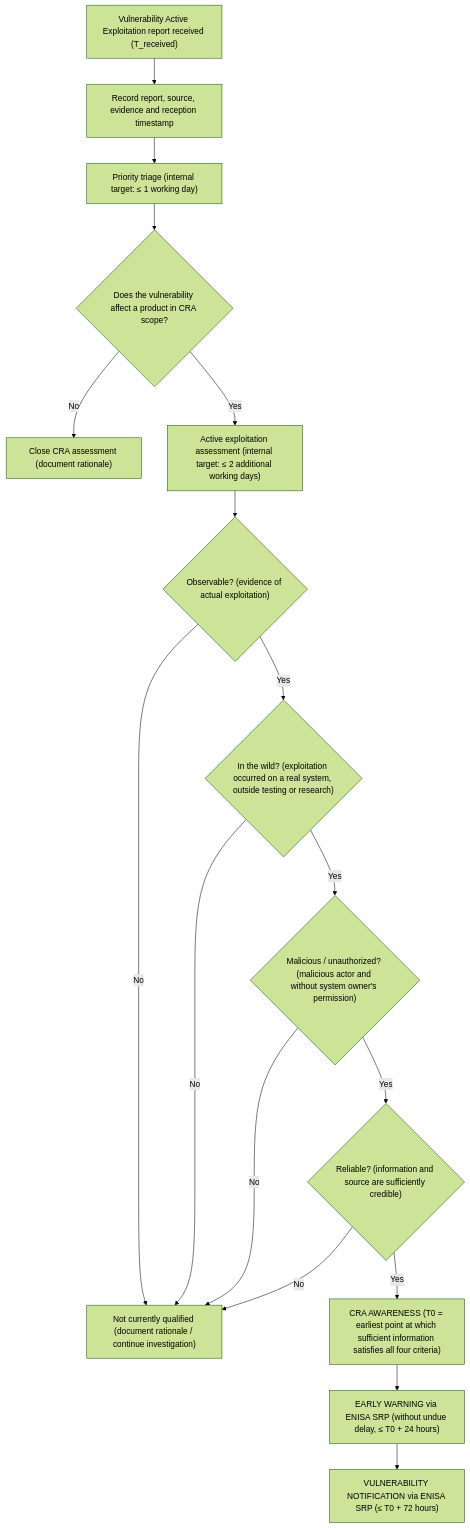
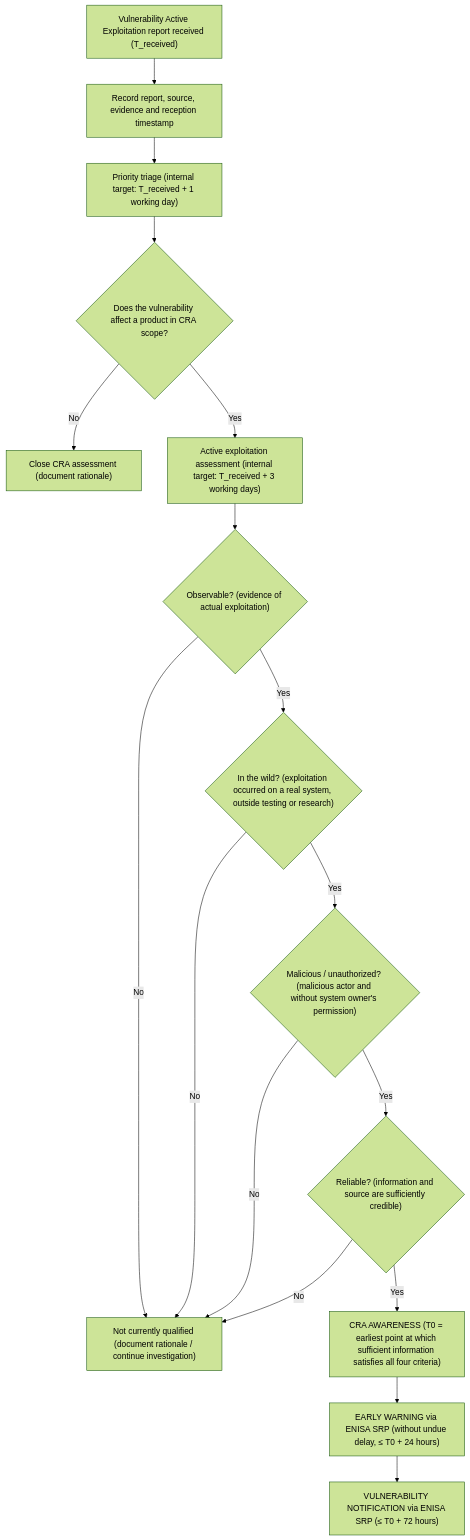
The diagram in templates/actively-exploited-vulnerability-process.md (rfoucard/cra-fast-track), drawn with Mermaid (forest theme) before and after one commit.

````diff
--- a/templates/actively-exploited-vulnerability-process.md
+++ b/templates/actively-exploited-vulnerability-process.md
@@ -3,31 +3,31 @@
 ```mermaid
 flowchart TD
 
     A["Vulnerability Active Exploitation report received (T_received)"] --> B["Record report, source, evidence and reception timestamp"]
 
-    B --> C["Priority triage (internal target: ≤ 1 working day)"]
+    B --> C["Priority triage (internal target: T_received + 1 working day)"]
 
     C --> D{"Does the vulnerability affect a product in CRA scope?"}
 
     D -- "No" --> X["Close CRA assessment (document rationale)"]
 
-    D -- "Yes" --> E["Active exploitation assessment (internal target: ≤ 2 additional working days)"]
+    D -- "Yes" --> E["Active exploitation assessment (internal target: T_received + 3 working days)"]
 
     E --> F{"Observable? (evidence of actual exploitation)"}
 
     F -- "No" --> Y["Not currently qualified (document rationale / continue investigation)"]
     F -- "Yes" --> G{"In the wild? (exploitation occurred on a real system, outside testing or research)"}
 
     G -- "No" --> Y
     G -- "Yes" --> H{"Malicious / unauthorized? (malicious actor and without system owner's permission)"}
 
     H -- "No" --> Y
     H -- "Yes" --> I{"Reliable? (information and source are sufficiently credible)"}
 
     I -- "No" --> Y
     I -- "Yes" --> L["CRA AWARENESS (T0 = earliest point at which sufficient information satisfies all four criteria)"]
 
     L --> M["EARLY WARNING via ENISA SRP (without undue delay, ≤ T0 + 24 hours)"]
 
     M --> N["VULNERABILITY NOTIFICATION via ENISA SRP (≤ T0 + 72 hours)"]
 ```
````
